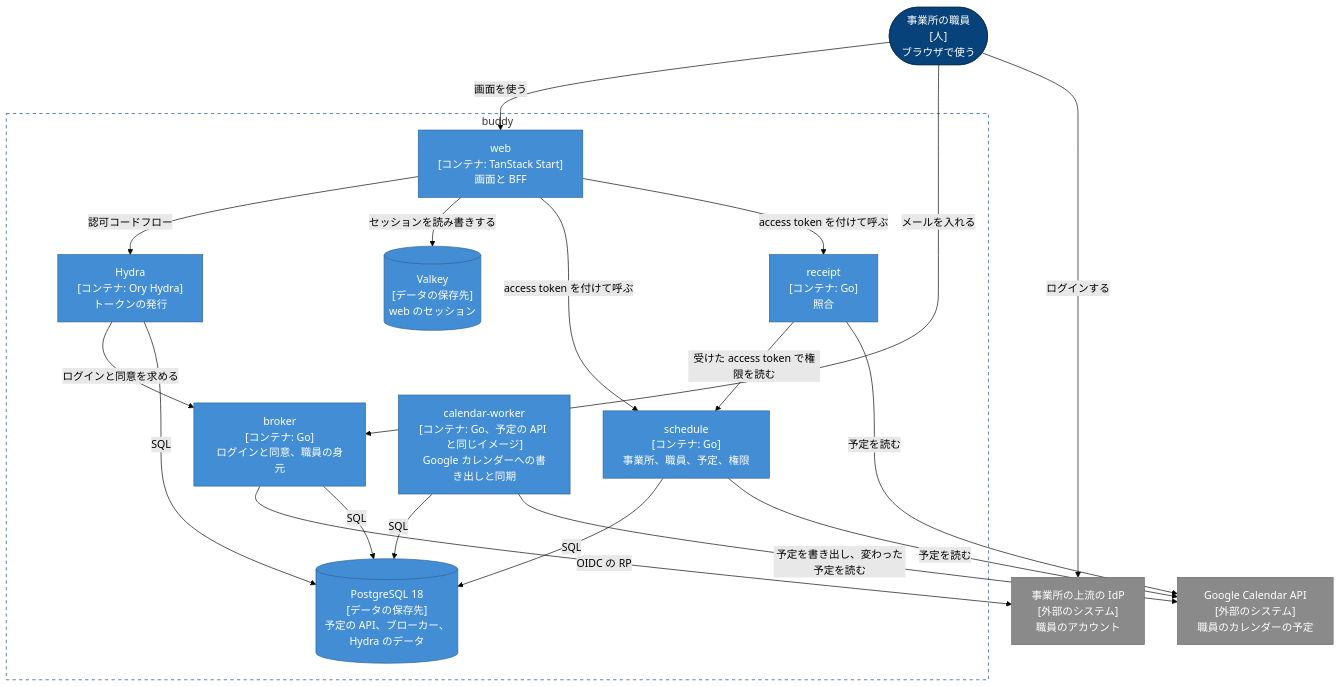
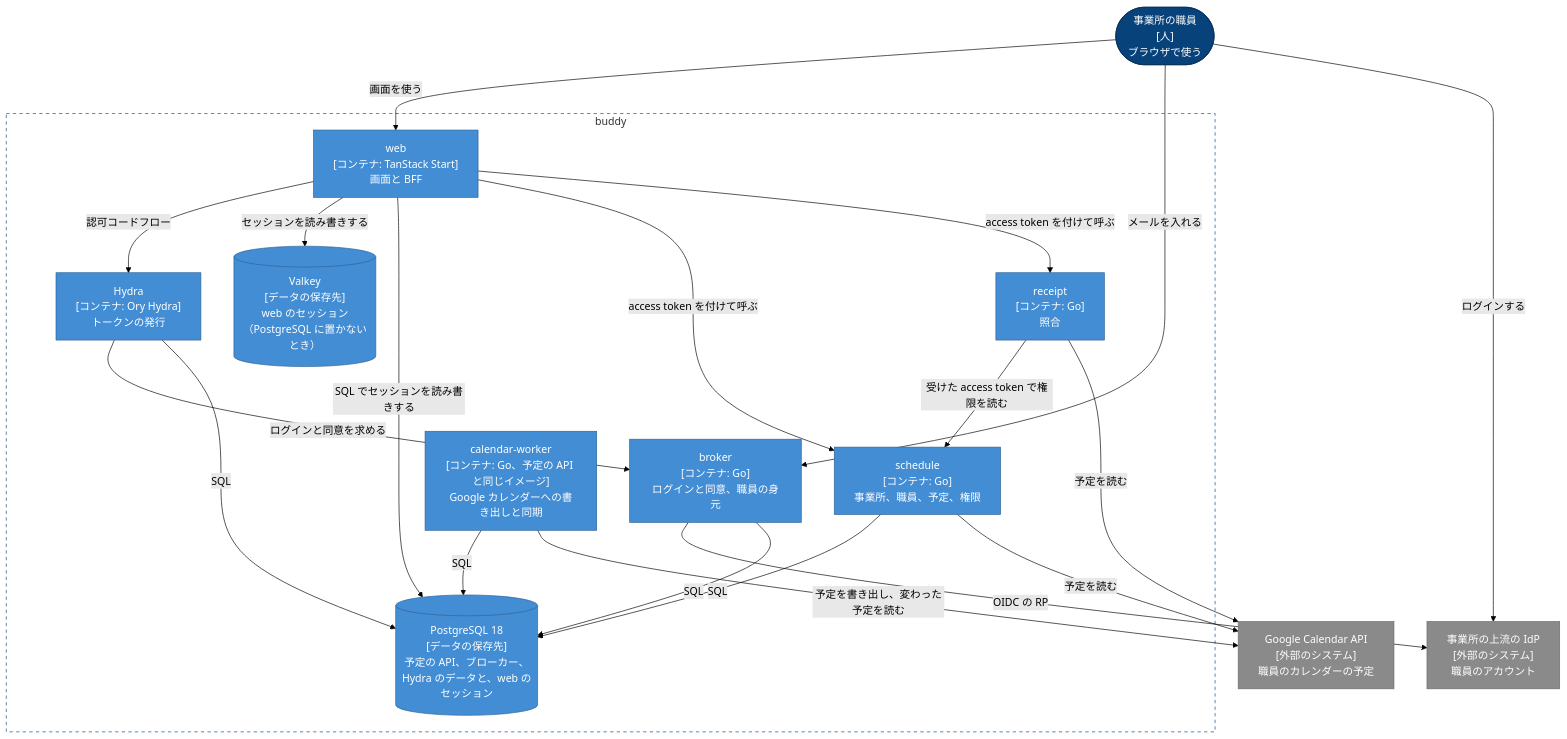
One commit to Fukuemon/buddy changed the diagram in docs/design/DesignDoc.md. Above: the diagram before and after it, drawn with Mermaid (forest theme). The commit also changed other lines of this file and 7 other files, not shown here.

First line of the commit message:
docs(adr): web のセッションを PostgreSQL に置く判断を ADR-0047 に書く #1032

````diff
--- a/docs/design/DesignDoc.md
+++ b/docs/design/DesignDoc.md
@@ -48,40 +48,41 @@
 ```mermaid
 flowchart TB
   staff(["事業所の職員<br/>[人]<br/>ブラウザで使う"])
   upstream["事業所の上流の IdP<br/>[外部のシステム]<br/>職員のアカウント"]
   subgraph buddy["buddy"]
     hydra["Hydra<br/>[コンテナ: Ory Hydra]<br/>トークンの発行"]
     broker["broker<br/>[コンテナ: Go]<br/>ログインと同意、職員の身元"]
     web["web<br/>[コンテナ: TanStack Start]<br/>画面と BFF"]
-    valkey[("Valkey<br/>[データの保存先]<br/>web のセッション")]
+    valkey[("Valkey<br/>[データの保存先]<br/>web のセッション（PostgreSQL に置かないとき）")]
     schedule["schedule<br/>[コンテナ: Go]<br/>事業所、職員、予定、権限"]
     worker["calendar-worker<br/>[コンテナ: Go、予定の API と同じイメージ]<br/>Google カレンダーへの書き出しと同期"]
     receipt["receipt<br/>[コンテナ: Go]<br/>照合"]
-    postgres[("PostgreSQL 18<br/>[データの保存先]<br/>予定の API、ブローカー、Hydra のデータ")]
+    postgres[("PostgreSQL 18<br/>[データの保存先]<br/>予定の API、ブローカー、Hydra のデータと、web のセッション")]
   end
   gcal["Google Calendar API<br/>[外部のシステム]<br/>職員のカレンダーの予定"]
   staff -- "画面を使う" --> web
   staff -- "メールを入れる" --> broker
   staff -- "ログインする" --> upstream
   web -- "認可コードフロー" --> hydra
   hydra -- "ログインと同意を求める" --> broker
   broker -- "OIDC の RP" --> upstream
   broker -- "SQL" --> postgres
   hydra -- "SQL" --> postgres
   web -- "セッションを読み書きする" --> valkey
+  web -- "SQL でセッションを読み書きする" --> postgres
   web -- "access token を付けて呼ぶ" --> schedule
   web -- "access token を付けて呼ぶ" --> receipt
   receipt -- "受けた access token で権限を読む" --> schedule
   schedule -- "SQL" --> postgres
   receipt -- "予定を読む" --> gcal
   schedule -- "予定を読む" --> gcal
   worker -- "SQL" --> postgres
   worker -- "予定を書き出し、変わった予定を読む" --> gcal
   classDef person fill:#08427b,stroke:#052e56,color:#fff
   classDef container fill:#438dd5,stroke:#2e6295,color:#fff
   classDef external fill:#8a8a8a,stroke:#6b6b6b,color:#fff
   class staff person
   class hydra,broker,web,valkey,schedule,worker,receipt,postgres container
   class upstream,gcal external
   style buddy fill:none,stroke:#0b4884,stroke-dasharray:5 5
 ```
````
